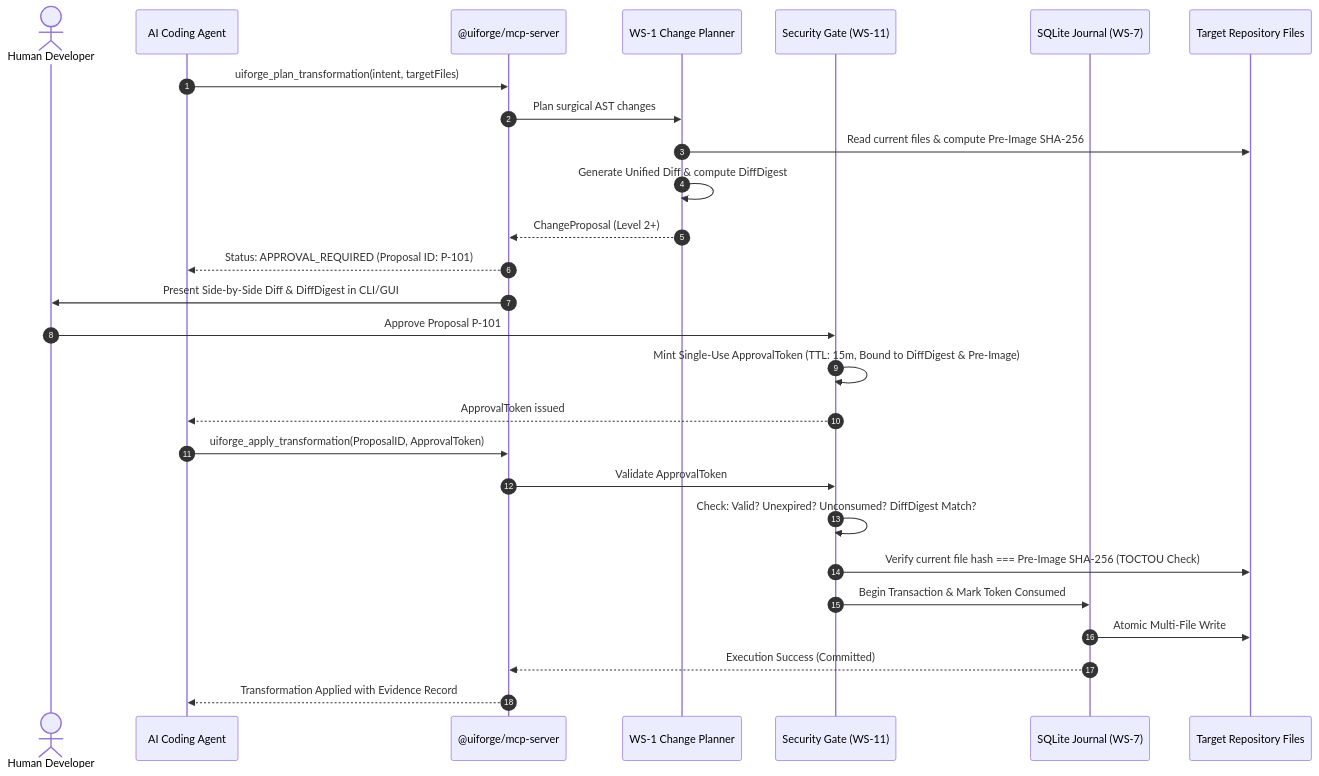
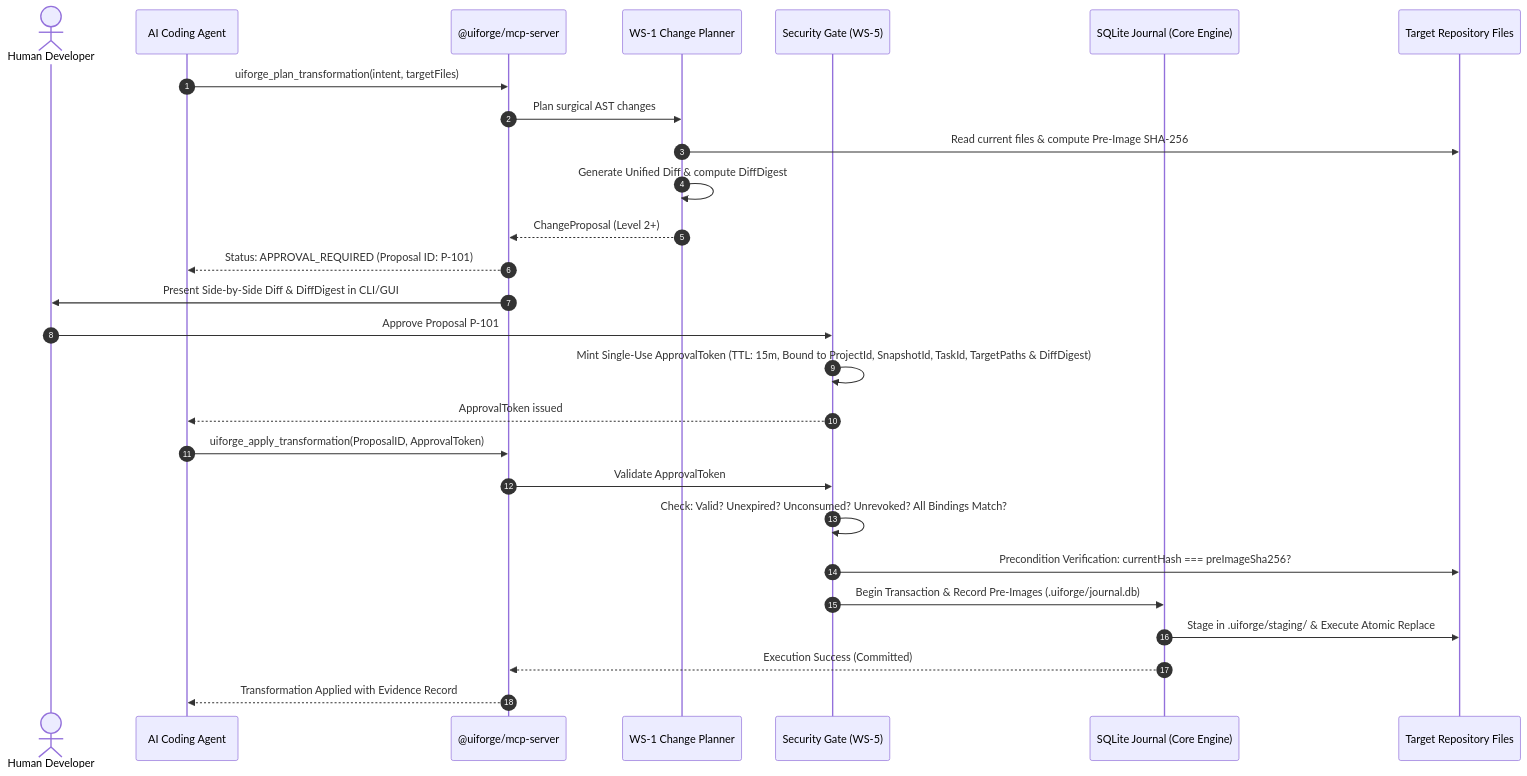
Before and after one commit to Tanish-kumar-Agarwal/UIForge: the diagram in research/phase-02/phase-02.2-consolidation/SECURITY-AND-TRUST-ARCHITECTURE.md, drawn with Mermaid. The commit also changed other lines of this file and 1 other file, not shown here.

Commit message:
docs(security): specify multi-layer filesystem protections, staging workflow, and diff-bound approvals

````diff
--- a/research/phase-02/phase-02.2-consolidation/SECURITY-AND-TRUST-ARCHITECTURE.md
+++ b/research/phase-02/phase-02.2-consolidation/SECURITY-AND-TRUST-ARCHITECTURE.md
@@ -109,32 +109,32 @@
 ```mermaid
 sequenceDiagram
     autonumber
     actor Developer as Human Developer
     participant Agent as AI Coding Agent
     participant MCP as @uiforge/mcp-server
     participant Planner as WS-1 Change Planner
-    participant Security as Security Gate (WS-11)
-    participant Journal as SQLite Journal (WS-7)
+    participant Security as Security Gate (WS-5)
+    participant Journal as SQLite Journal (Core Engine)
     participant Disk as Target Repository Files
 
     Agent->>MCP: uiforge_plan_transformation(intent, targetFiles)
     MCP->>Planner: Plan surgical AST changes
     Planner->>Disk: Read current files & compute Pre-Image SHA-256
     Planner->>Planner: Generate Unified Diff & compute DiffDigest
     Planner-->>MCP: ChangeProposal (Level 2+)
     MCP-->>Agent: Status: APPROVAL_REQUIRED (Proposal ID: P-101)
 
     MCP->>Developer: Present Side-by-Side Diff & DiffDigest in CLI/GUI
     Developer->>Security: Approve Proposal P-101
-    Security->>Security: Mint Single-Use ApprovalToken (TTL: 15m, Bound to DiffDigest & Pre-Image)
+    Security->>Security: Mint Single-Use ApprovalToken (TTL: 15m, Bound to ProjectId, SnapshotId, TaskId, TargetPaths & DiffDigest)
     Security-->>Agent: ApprovalToken issued
 
     Agent->>MCP: uiforge_apply_transformation(ProposalID, ApprovalToken)
     MCP->>Security: Validate ApprovalToken
-    Security->>Security: Check: Valid? Unexpired? Unconsumed? DiffDigest Match?
-    Security->>Disk: Verify current file hash === Pre-Image SHA-256 (TOCTOU Check)
-    Security->>Journal: Begin Transaction & Mark Token Consumed
-    Journal->>Disk: Atomic Multi-File Write
+    Security->>Security: Check: Valid? Unexpired? Unconsumed? Unrevoked? All Bindings Match?
+    Security->>Disk: Precondition Verification: currentHash === preImageSha256?
+    Security->>Journal: Begin Transaction & Record Pre-Images (.uiforge/journal.db)
+    Journal->>Disk: Stage in .uiforge/staging/ & Execute Atomic Replace
     Journal-->>MCP: Execution Success (Committed)
     MCP-->>Agent: Transformation Applied with Evidence Record
 ```
````
